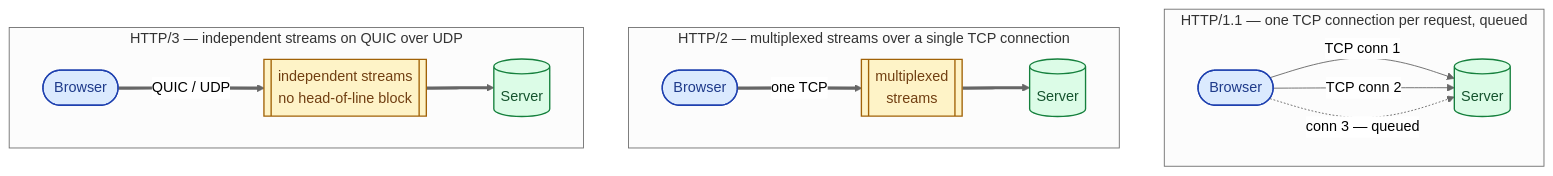
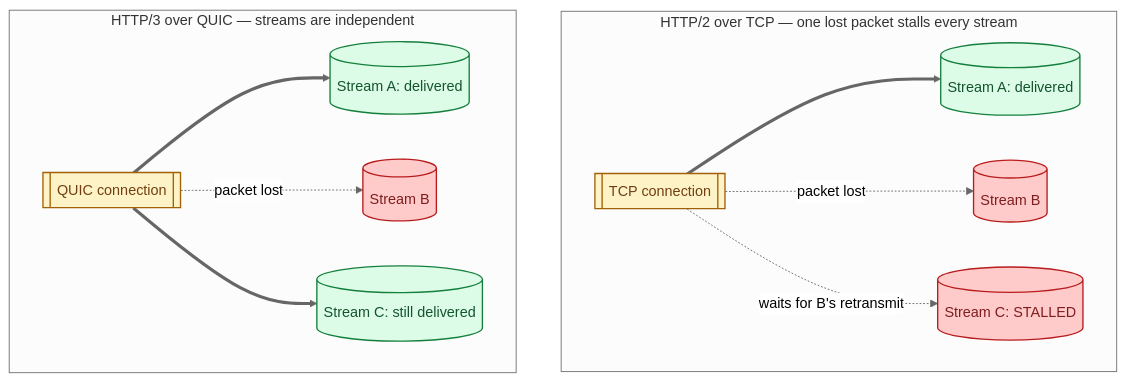
The third of 3 diagrams in _sd_concepts/002-http2-and-http3.md (shiningflash/shiningflash.github.io), drawn with Mermaid (neutral theme) before and after one commit. The commit also changed other lines of this file and 5 other files, not shown here.

````diff
--- a/_sd_concepts/002-http2-and-http3.md
+++ b/_sd_concepts/002-http2-and-http3.md
@@ -22,28 +74,22 @@
 ```mermaid
 flowchart TB
-    subgraph H1["HTTP/1.1 — one TCP connection per request, queued"]
+    subgraph H2BLOCK["HTTP/2 over TCP — one lost packet stalls every stream"]
         direction LR
-        C1(["Browser"]):::client
-        C1 -->|"TCP conn 1"| S1[("Server")]:::server
-        C1 -->|"TCP conn 2"| S1
-        C1 -.->|"conn 3 — queued"| S1
+        T2[["TCP connection"]]:::infra
+        T2 ==> A2[("Stream A: delivered")]:::server
+        T2 -.->|"packet lost"| B2[("Stream B")]:::dead
+        T2 -.->|"waits for B's retransmit"| C2[("Stream C: STALLED")]:::dead
     end
 
-    subgraph H2["HTTP/2 — multiplexed streams over a single TCP connection"]
+    subgraph H3NOBLOCK["HTTP/3 over QUIC — streams are independent"]
         direction LR
-        C2(["Browser"]):::client
-        C2 ==>|"one TCP"| MUX2[["multiplexed<br/>streams"]]:::infra
-        MUX2 ==> S2[("Server")]:::server
+        T3[["QUIC connection"]]:::infra
+        T3 ==> A3[("Stream A: delivered")]:::server
+        T3 -.->|"packet lost"| B3[("Stream B")]:::dead
+        T3 ==> C3[("Stream C: still delivered")]:::server
     end
 
-    subgraph H3["HTTP/3 — independent streams on QUIC over UDP"]
-        direction LR
-        C3(["Browser"]):::client
-        C3 ==>|"QUIC / UDP"| MUX3[["independent streams<br/>no head-of-line block"]]:::infra
-        MUX3 ==> S3[("Server")]:::server
-    end
-
-    classDef client fill:#dbeafe,stroke:#1e40af,color:#1e3a8a,stroke-width:1.5px
     classDef server fill:#dcfce7,stroke:#15803d,color:#14532d,stroke-width:1.5px
     classDef infra fill:#fef3c7,stroke:#a16207,color:#713f12,stroke-width:1.5px
+    classDef dead fill:#fecaca,stroke:#b91c1c,color:#7f1d1d,stroke-width:1.5px
 ```
````
